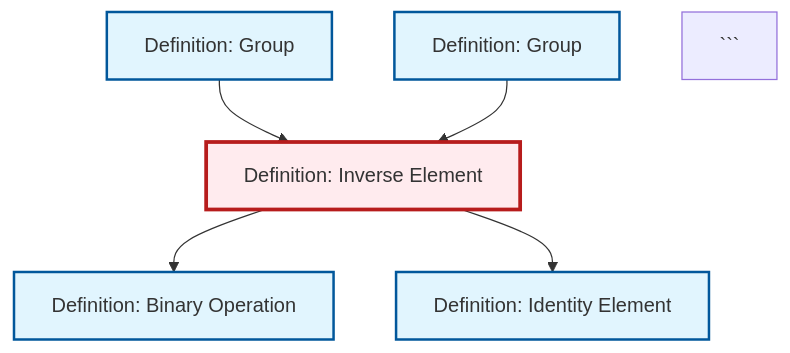
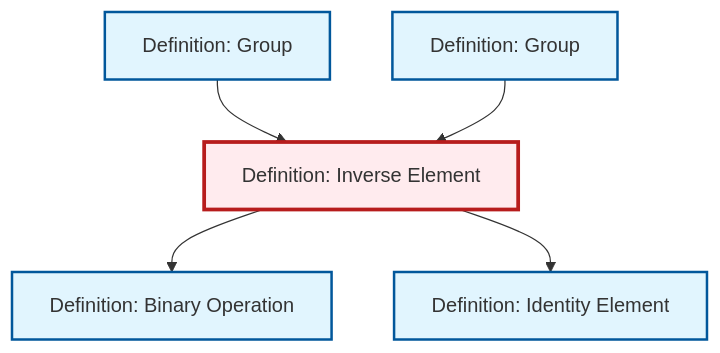
One commit to RK0429/ModernMath changed the diagram in output/mermaid/def-inverse-element.mermaid. Above: the diagram before and after it, drawn with Mermaid. The commit also changed 1197 other files, not shown here.

````diff
--- a/output/mermaid/def-inverse-element.mermaid
+++ b/output/mermaid/def-inverse-element.mermaid
@@ -1,18 +1,17 @@
 %%| fig-cap: "Local dependency graph"
 graph TD
     classDef definition fill:#e1f5fe,stroke:#01579b,stroke-width:2px
     classDef theorem fill:#f3e5f5,stroke:#4a148c,stroke-width:2px
     classDef axiom fill:#fff3e0,stroke:#e65100,stroke-width:2px
     classDef example fill:#e8f5e9,stroke:#1b5e20,stroke-width:2px
     classDef current fill:#ffebee,stroke:#b71c1c,stroke-width:3px
-    def-group["Definition: Group"]:::definition
     def-identity-element["Definition: Identity Element"]:::definition
-    def-inverse-element["Definition: Inverse Element"]:::definition
     def-binary-operation["Definition: Binary Operation"]:::definition
     def-group-example["Definition: Group"]:::definition
+    def-inverse-element["Definition: Inverse Element"]:::definition
+    def-group["Definition: Group"]:::definition
     def-inverse-element --> def-binary-operation
+    def-inverse-element --> def-identity-element
     def-group-example --> def-inverse-element
-    def-inverse-element --> def-identity-element
     def-group --> def-inverse-element
     class def-inverse-element current
-```
````
